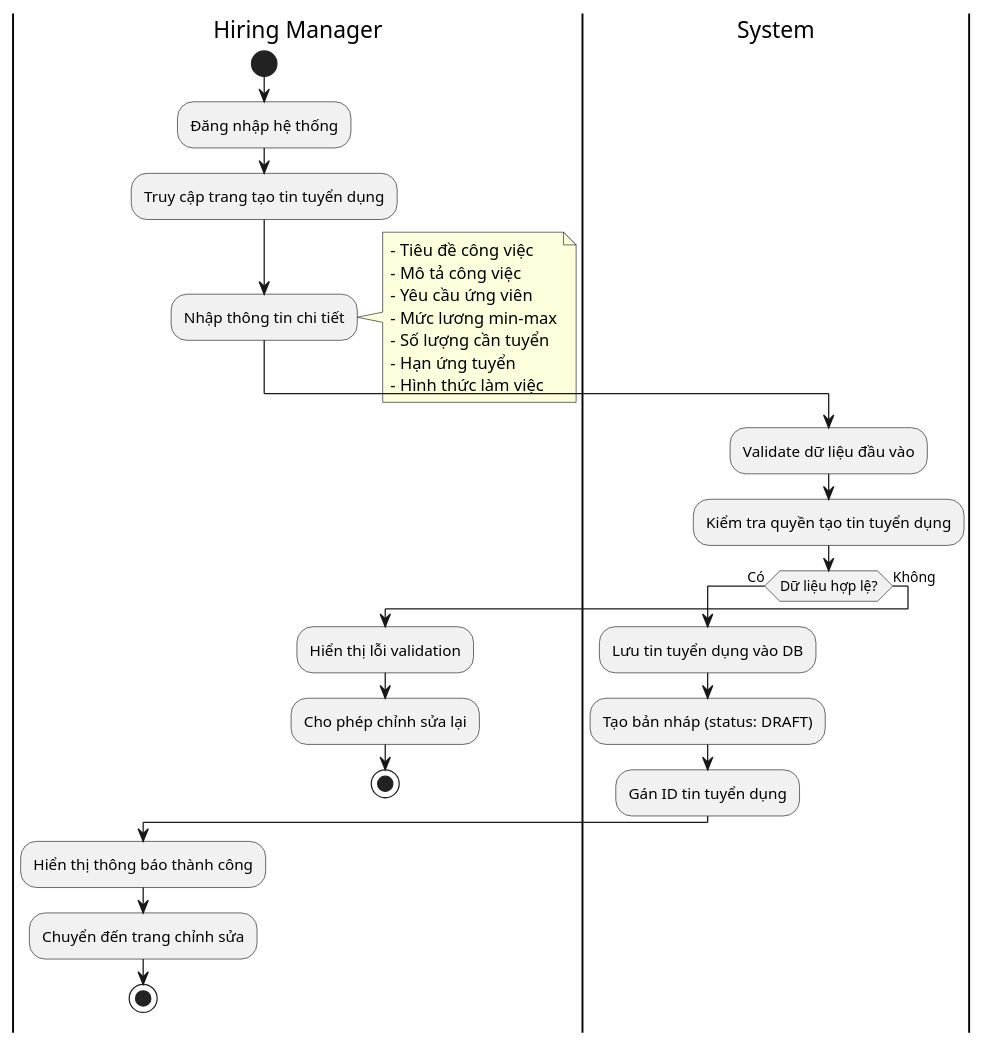
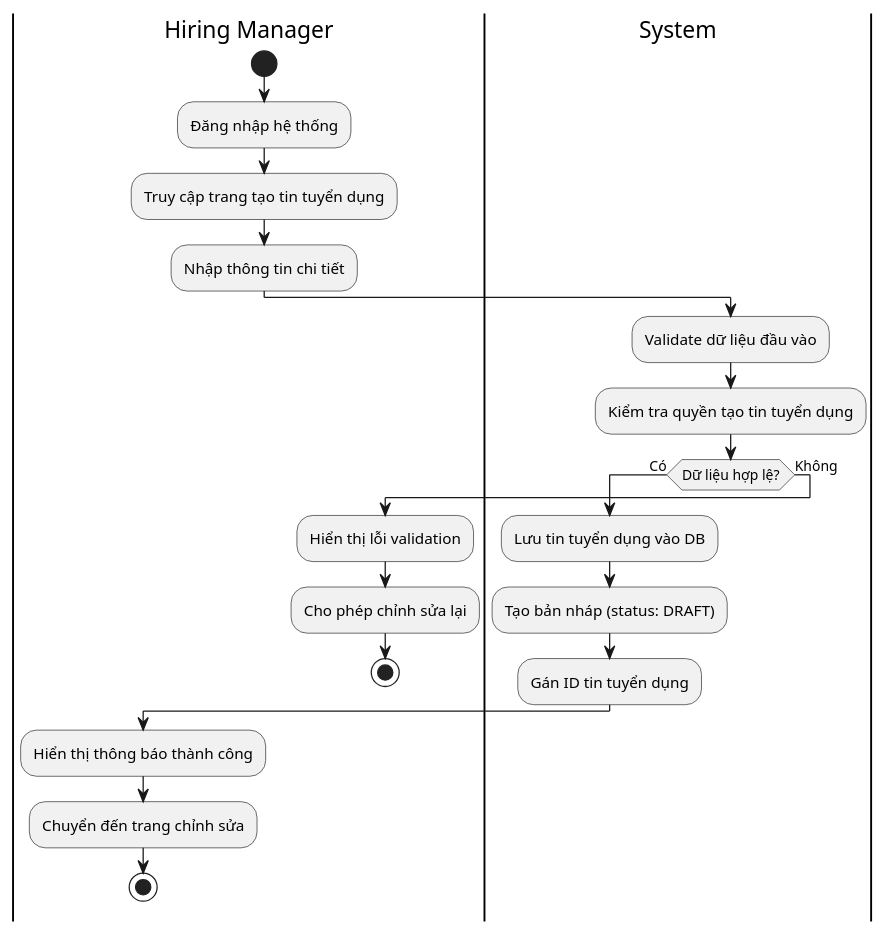
One commit to felix-253/TechLeet-server changed the diagram in sequence/UC-02/UC-02-activity-diagram.wsd. Above: the diagram before and after it, drawn with PlantUML. The commit also changed 20 other files, not shown here.

Commit message:
document: flow screen cv and suggest cv

```diff
--- a/sequence/UC-02/UC-02-activity-diagram.wsd
+++ b/sequence/UC-02/UC-02-activity-diagram.wsd
@@ -1,38 +1,29 @@
 @startuml UC-02: Tạo tin tuyển dụng thủ công
 
 |Hiring Manager|
 start
 :Đăng nhập hệ thống;
 :Truy cập trang tạo tin tuyển dụng;
 :Nhập thông tin chi tiết;
-note right
-  - Tiêu đề công việc
-  - Mô tả công việc
-  - Yêu cầu ứng viên
-  - Mức lương min-max
-  - Số lượng cần tuyển
-  - Hạn ứng tuyển
-  - Hình thức làm việc
-end note
 
 |System|
 :Validate dữ liệu đầu vào;
 :Kiểm tra quyền tạo tin tuyển dụng;
 
 if (Dữ liệu hợp lệ?) then (Có)
   :Lưu tin tuyển dụng vào DB;
   :Tạo bản nháp (status: DRAFT);
   :Gán ID tin tuyển dụng;
   
   |Hiring Manager|
   :Hiển thị thông báo thành công;
   :Chuyển đến trang chỉnh sửa;
   stop
 else (Không)
   |Hiring Manager|
   :Hiển thị lỗi validation;
   :Cho phép chỉnh sửa lại;
   stop
 endif
 
 @enduml
```
